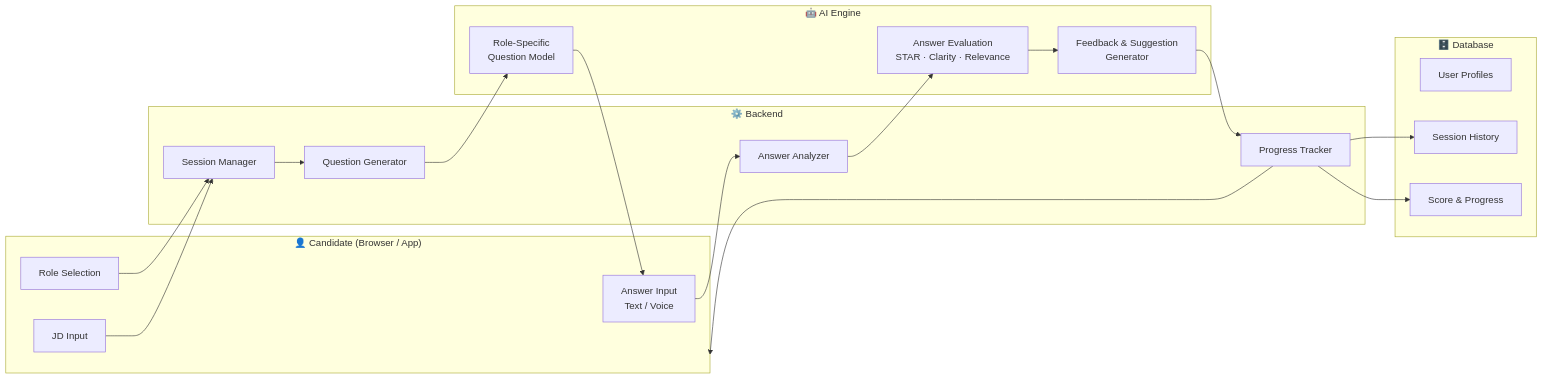
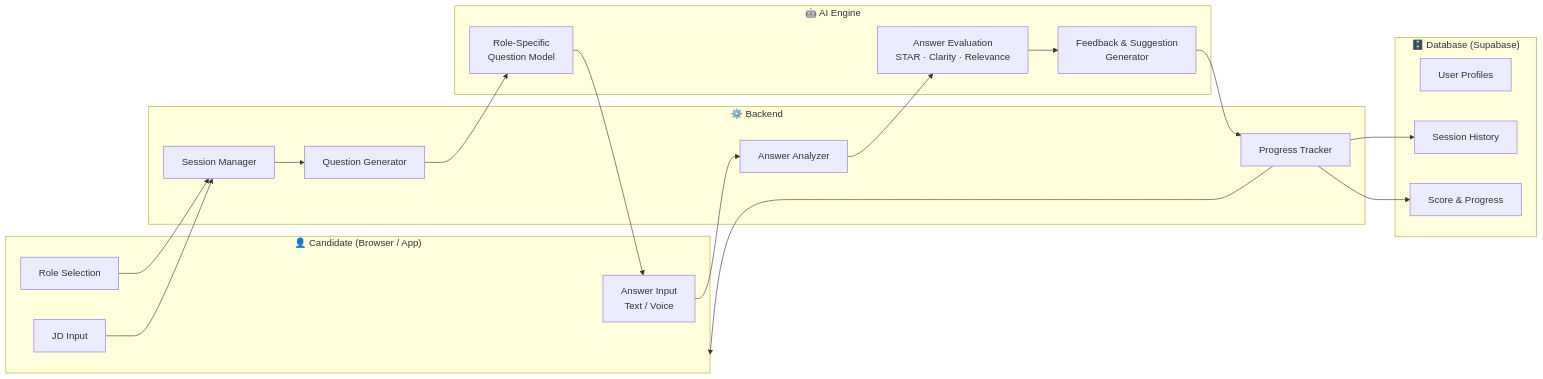
Before and after one commit to vickyvaf/interview-masters: the first of 6 diagrams in README.md, drawn with Mermaid. The commit also changed other lines of this file and 2 other files, not shown here.

Commit message:
docs: define project tech stack and specify Supabase as the database provider

````diff
--- a/README.md
+++ b/README.md
@@ -93,38 +97,38 @@
 ```mermaid
 flowchart LR
     subgraph User["👤 Candidate (Browser / App)"]
         U1[Role Selection]
         U2[JD Input]
         U3[Answer Input\nText / Voice]
     end
 
     subgraph Backend["⚙️ Backend"]
         B1[Session Manager]
         B2[Question Generator]
         B3[Answer Analyzer]
         B4[Progress Tracker]
     end
 
     subgraph AI["🤖 AI Engine"]
         A1[Role-Specific\nQuestion Model]
         A2[Answer Evaluation\nSTAR · Clarity · Relevance]
         A3[Feedback & Suggestion\nGenerator]
     end
 
-    subgraph Storage["🗄️ Database"]
+    subgraph Storage["🗄️ Database (Supabase)"]
         S1[User Profiles]
         S2[Session History]
         S3[Score & Progress]
     end
 
     U1 & U2 --> B1
     B1 --> B2
     B2 --> A1
     A1 --> U3
     U3 --> B3
     B3 --> A2
     A2 --> A3
     A3 --> B4
     B4 --> S2 & S3
     B4 --> User
 ```
````
